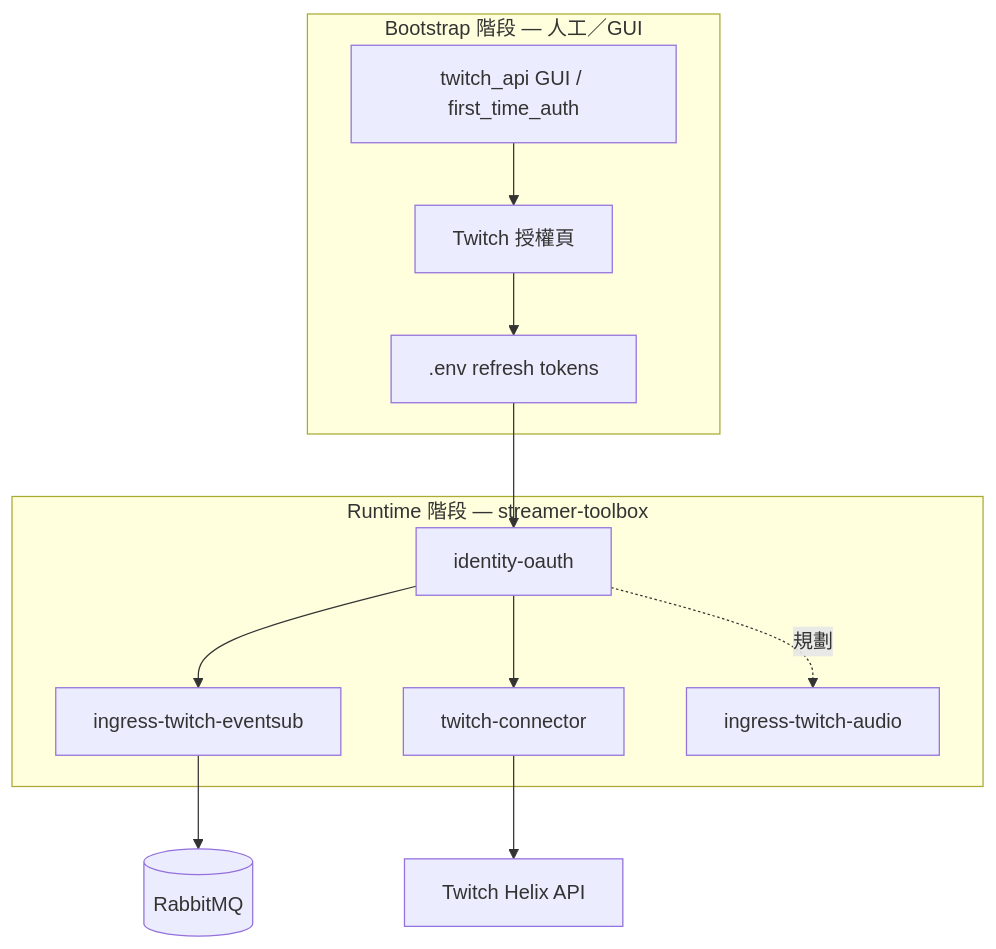
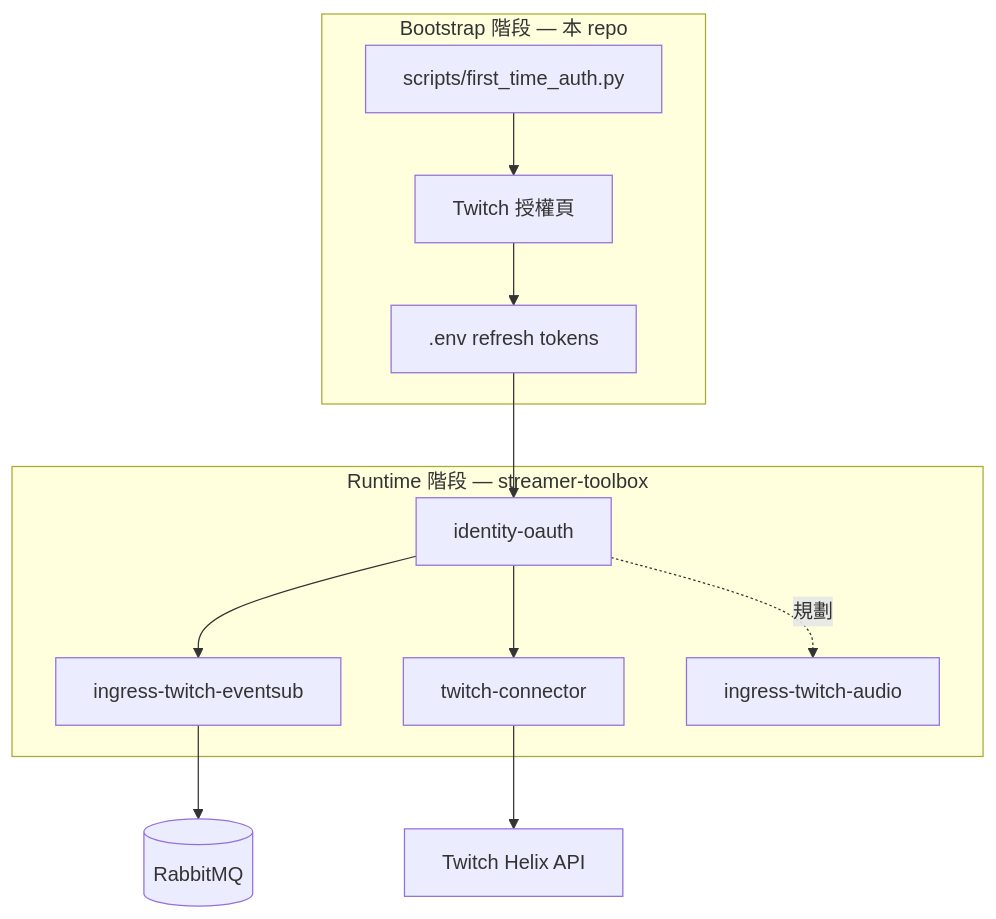
The first of 2 diagrams in docs/architecture/identity-auth.md (skymiku39/streamer_toolbox), drawn with Mermaid before and after one commit. The commit also changed other lines of this file and 11 other files, not shown here.

First line of the commit message:
feat: ✨ [AI] 內建 Twitch OAuth 首次授權取代 twitch_api 依賴

````diff
--- a/docs/architecture/identity-auth.md
+++ b/docs/architecture/identity-auth.md
@@ -19,20 +19,20 @@
 ```mermaid
 flowchart TB
-    subgraph bootstrap [Bootstrap 階段 — 人工／GUI]
-        GUI[twitch_api GUI / first_time_auth]
+    subgraph bootstrap [Bootstrap 階段 — 本 repo]
+        CLI[scripts/first_time_auth.py]
         Browser[Twitch 授權頁]
-        GUI --> Browser
+        CLI --> Browser
         Browser --> EnvFile[".env refresh tokens"]
     end
 
     subgraph runtime [Runtime 階段 — streamer-toolbox]
         IO[identity-oauth]
         EnvFile --> IO
         IO --> ES[ingress-twitch-eventsub]
         IO --> CONN[twitch-connector]
         IO -.->|規劃| STT[ingress-twitch-audio]
     end
 
     ES --> MQ[(RabbitMQ)]
     CONN --> Helix[Twitch Helix API]
 ```
````
